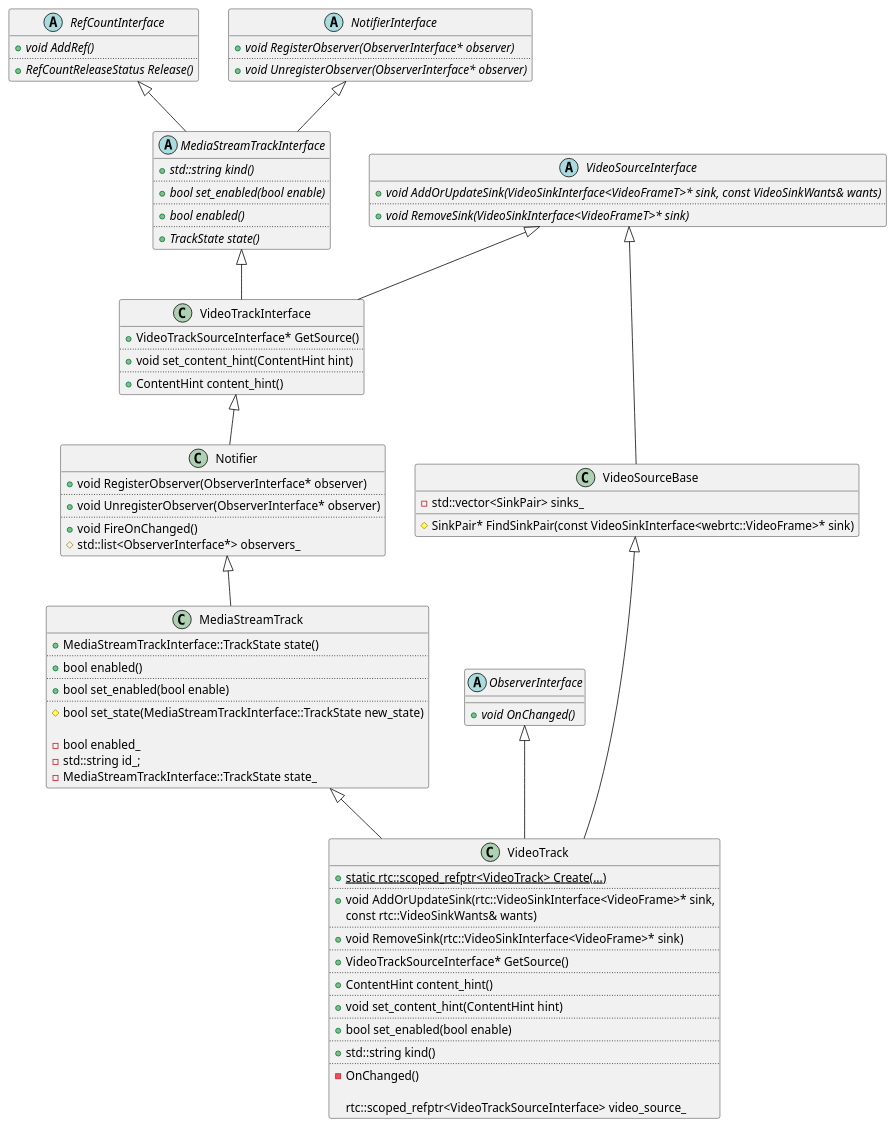
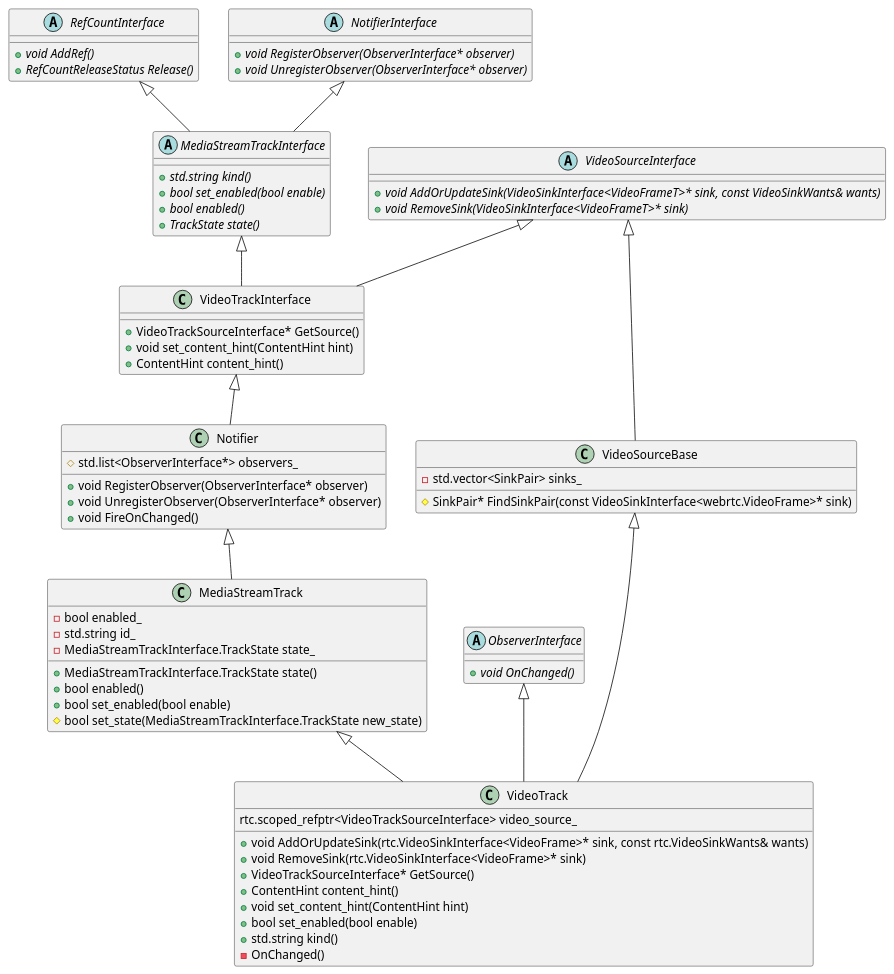
One commit to pngouembe/codegen changed the diagram in test_dir/plantuml/diagrams/big_test.plantuml. Above: the diagram before and after it, drawn with PlantUML. The commit also changed 10 other files, not shown here.

Commit message:
Updating the plantuml parser

```diff
--- a/test_dir/plantuml/diagrams/big_test.plantuml
+++ b/test_dir/plantuml/diagrams/big_test.plantuml
@@ -3,105 +3,82 @@
 @startuml Android-Native-VideoTrack
 abstract class RefCountInterface {
     + {abstract} void AddRef()
-    ..
     + {abstract} RefCountReleaseStatus Release()
 }
 
 abstract class NotifierInterface {
     + {abstract} void RegisterObserver(ObserverInterface* observer)
-    ..
     + {abstract} void UnregisterObserver(ObserverInterface* observer)
 }
 
 abstract class ObserverInterface {
     + {abstract} void OnChanged()
 }
 
 abstract class MediaStreamTrackInterface {
-    + {abstract} std::string kind()
-    ..
+    + {abstract} std.string kind()
     + {abstract} bool set_enabled(bool enable)
-    ..
     + {abstract} bool enabled()
-    ..
     + {abstract} TrackState state()
 }
 
 RefCountInterface <|-- MediaStreamTrackInterface
 NotifierInterface <|-- MediaStreamTrackInterface
 
 abstract class VideoSourceInterface {
     + {abstract} void AddOrUpdateSink(VideoSinkInterface<VideoFrameT>* sink, const VideoSinkWants& wants)
-    ..
     + {abstract} void RemoveSink(VideoSinkInterface<VideoFrameT>* sink)
 }
 
 class VideoTrackInterface {
     + VideoTrackSourceInterface* GetSource()
-    ..
     + void set_content_hint(ContentHint hint)
-    ..
     + ContentHint content_hint()
 }
 
 MediaStreamTrackInterface <|-- VideoTrackInterface
 VideoSourceInterface <|-- VideoTrackInterface
 
 class Notifier {
     + void RegisterObserver(ObserverInterface* observer)
-    ..
     + void UnregisterObserver(ObserverInterface* observer)
-    ..
     + void FireOnChanged()
-    # std::list<ObserverInterface*> observers_
+    # std.list<ObserverInterface*> observers_
 }
 
 class MediaStreamTrack {
-    + MediaStreamTrackInterface::TrackState state()
-    ..
+    + MediaStreamTrackInterface.TrackState state()
     + bool enabled()
-    ..
     + bool set_enabled(bool enable)
-    ..
-    # bool set_state(MediaStreamTrackInterface::TrackState new_state)
+    # bool set_state(MediaStreamTrackInterface.TrackState new_state)
 
     - bool enabled_
-    - std::string id_;
-    - MediaStreamTrackInterface::TrackState state_
+    - std.string id_
+    - MediaStreamTrackInterface.TrackState state_
 }
 VideoTrackInterface <|-- Notifier
 Notifier <|-- MediaStreamTrack
 
 class VideoSourceBase {
-    # SinkPair* FindSinkPair(const VideoSinkInterface<webrtc::VideoFrame>* sink)
+    # SinkPair* FindSinkPair(const VideoSinkInterface<webrtc.VideoFrame>* sink)
 
-    - std::vector<SinkPair> sinks_
+    - std.vector<SinkPair> sinks_
 }
 VideoSourceInterface <|-- VideoSourceBase
 
 class VideoTrack {
-    + {static} static rtc::scoped_refptr<VideoTrack> Create(...)
-    ..
-    + void AddOrUpdateSink(rtc::VideoSinkInterface<VideoFrame>* sink,
-                       const rtc::VideoSinkWants& wants)
-    ..
-    + void RemoveSink(rtc::VideoSinkInterface<VideoFrame>* sink)
-    ..
+    + void AddOrUpdateSink(rtc.VideoSinkInterface<VideoFrame>* sink, const rtc.VideoSinkWants& wants)
+    + void RemoveSink(rtc.VideoSinkInterface<VideoFrame>* sink)
     + VideoTrackSourceInterface* GetSource()
-    ..
     + ContentHint content_hint()
-    ..
     + void set_content_hint(ContentHint hint)
-    ..
     + bool set_enabled(bool enable)
-    ..
-    + std::string kind()
-    ..
+    + std.string kind()
     - OnChanged()
 
-    rtc::scoped_refptr<VideoTrackSourceInterface> video_source_
+    rtc.scoped_refptr<VideoTrackSourceInterface> video_source_
 }
 MediaStreamTrack <|-- VideoTrack
 VideoSourceBase <|-- VideoTrack
 ObserverInterface <|-- VideoTrack
 @enduml
```
